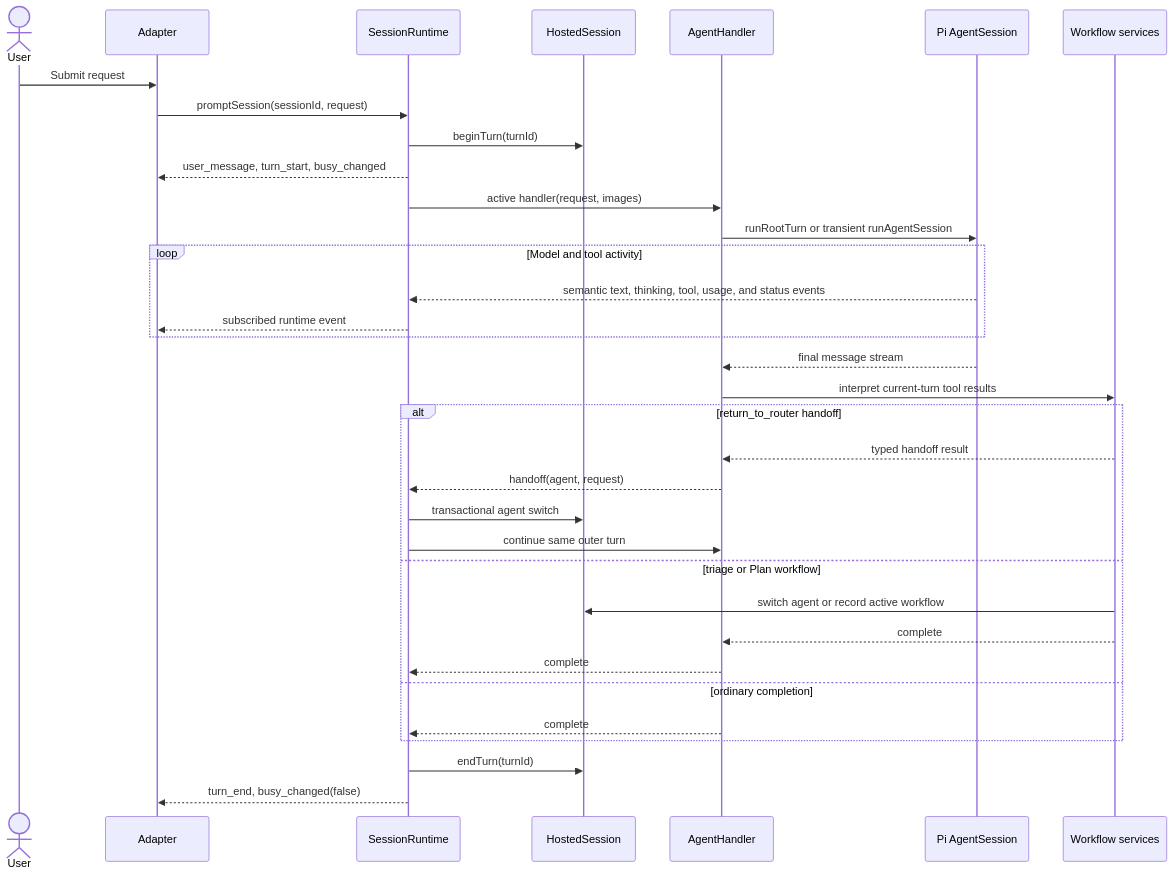
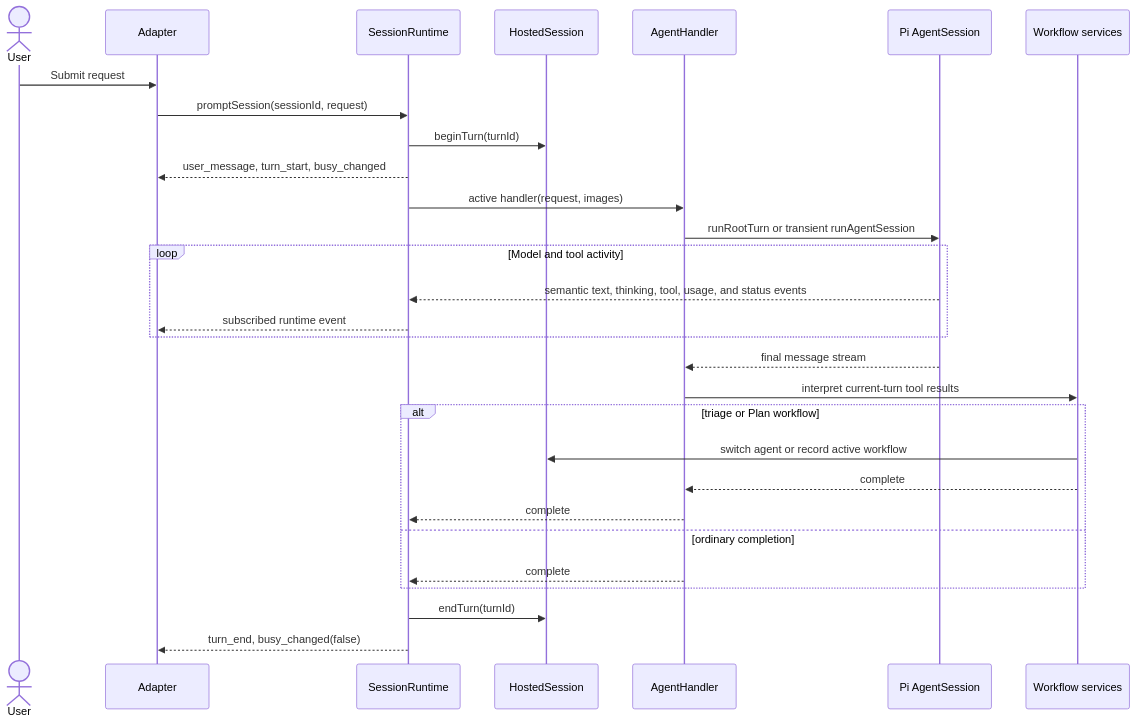
Before and after one commit to gandazgul/runwield: the eighth of 13 diagrams in docs/architecture.md, drawn with Mermaid. The commit also changed other lines of this file and 60 other files, not shown here.

First line of the commit message:
Complete remove-return-to-router-user-owned-transitions

````diff
--- a/docs/architecture.md
+++ b/docs/architecture.md
@@ -432,41 +435,36 @@
 ```mermaid
 sequenceDiagram
     actor User
     participant Adapter
     participant Runtime as SessionRuntime
     participant Hosted as HostedSession
     participant Handler as AgentHandler
     participant Pi as Pi AgentSession
     participant Workflow as Workflow services
 
     User->>Adapter: Submit request
     Adapter->>Runtime: promptSession(sessionId, request)
     Runtime->>Hosted: beginTurn(turnId)
     Runtime-->>Adapter: user_message, turn_start, busy_changed
     Runtime->>Handler: active handler(request, images)
     Handler->>Pi: runRootTurn or transient runAgentSession
 
     loop Model and tool activity
         Pi-->>Runtime: semantic text, thinking, tool, usage, and status events
         Runtime-->>Adapter: subscribed runtime event
     end
 
     Pi-->>Handler: final message stream
     Handler->>Workflow: interpret current-turn tool results
 
-    alt return_to_router handoff
-        Workflow-->>Handler: typed handoff result
-        Handler-->>Runtime: handoff(agent, request)
-        Runtime->>Hosted: transactional agent switch
-        Runtime->>Handler: continue same outer turn
-    else triage or Plan workflow
+    alt triage or Plan workflow
         Workflow->>Hosted: switch agent or record active workflow
         Workflow-->>Handler: complete
         Handler-->>Runtime: complete
     else ordinary completion
         Handler-->>Runtime: complete
     end
 
     Runtime->>Hosted: endTurn(turnId)
     Runtime-->>Adapter: turn_end, busy_changed(false)
 ```
````
